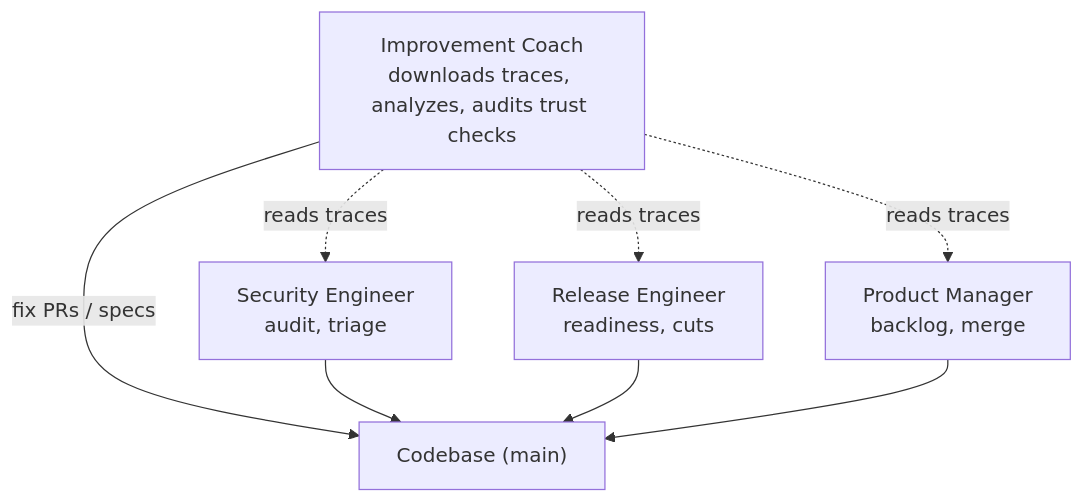
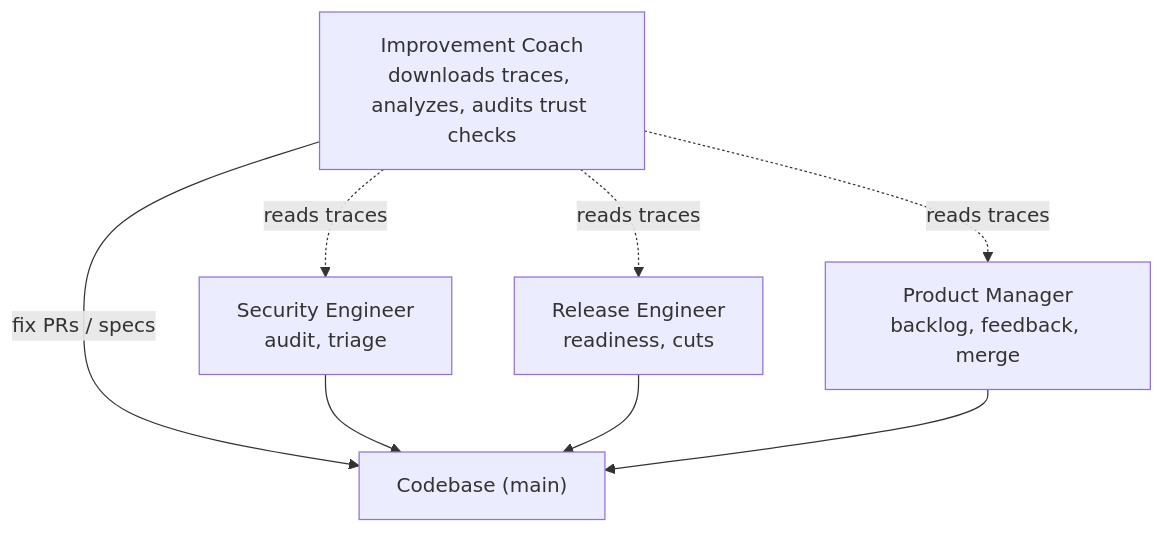
The second of 3 diagrams in CONTINUOUS_IMPROVEMENT.md (forwardimpact/monorepo), drawn with Mermaid before and after one commit. The commit also changed other lines of this file and 7 other files, not shown here.

First line of the commit message:
feat(agents): add product-feedback workflow and agent voice sections

````diff
--- a/CONTINUOUS_IMPROVEMENT.md
+++ b/CONTINUOUS_IMPROVEMENT.md
@@ -83,16 +84,16 @@
 ```mermaid
 graph TD
     IC["Improvement Coach<br/>downloads traces, analyzes, audits trust checks"]
     SE["Security Engineer<br/>audit, triage"]
     RE["Release Engineer<br/>readiness, cuts"]
-    PM["Product Manager<br/>backlog, merge"]
+    PM["Product Manager<br/>backlog, feedback, merge"]
     CB["Codebase (main)"]
 
     IC -- "fix PRs / specs" --> CB
     IC -. "reads traces" .-> SE
     IC -. "reads traces" .-> RE
     IC -. "reads traces" .-> PM
     SE --> CB
     RE --> CB
     PM --> CB
 ```
````
